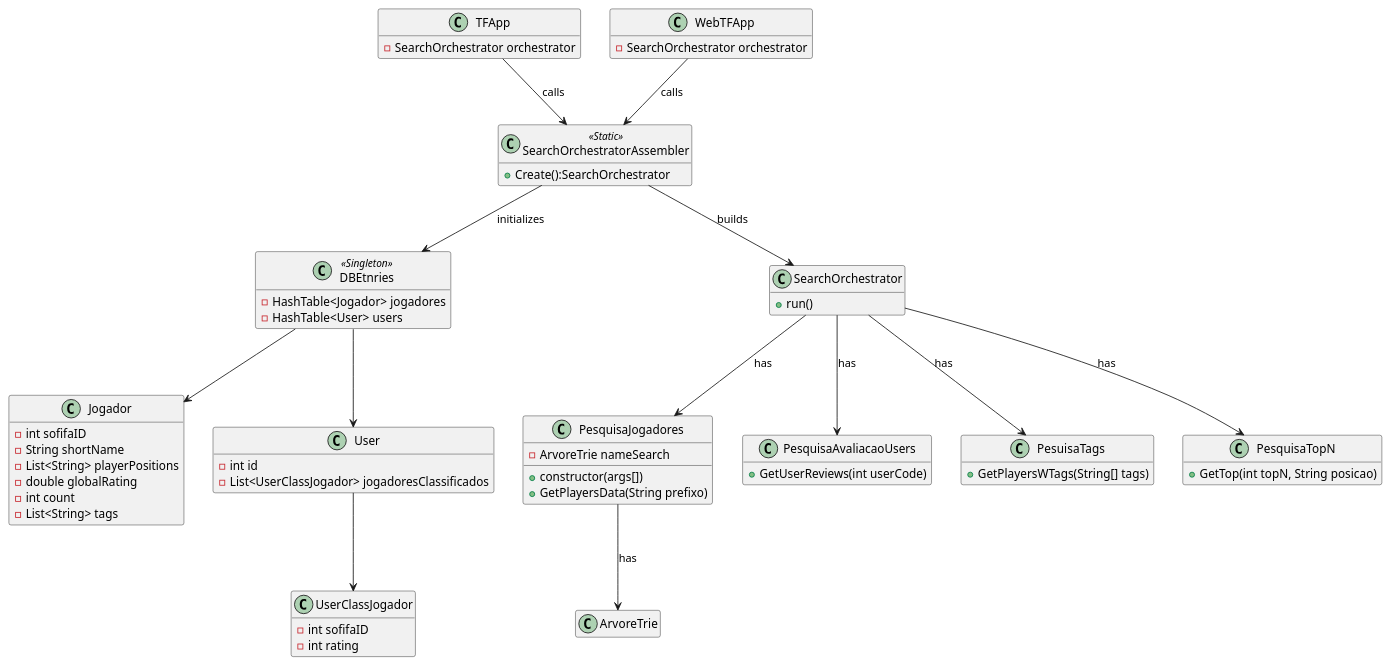
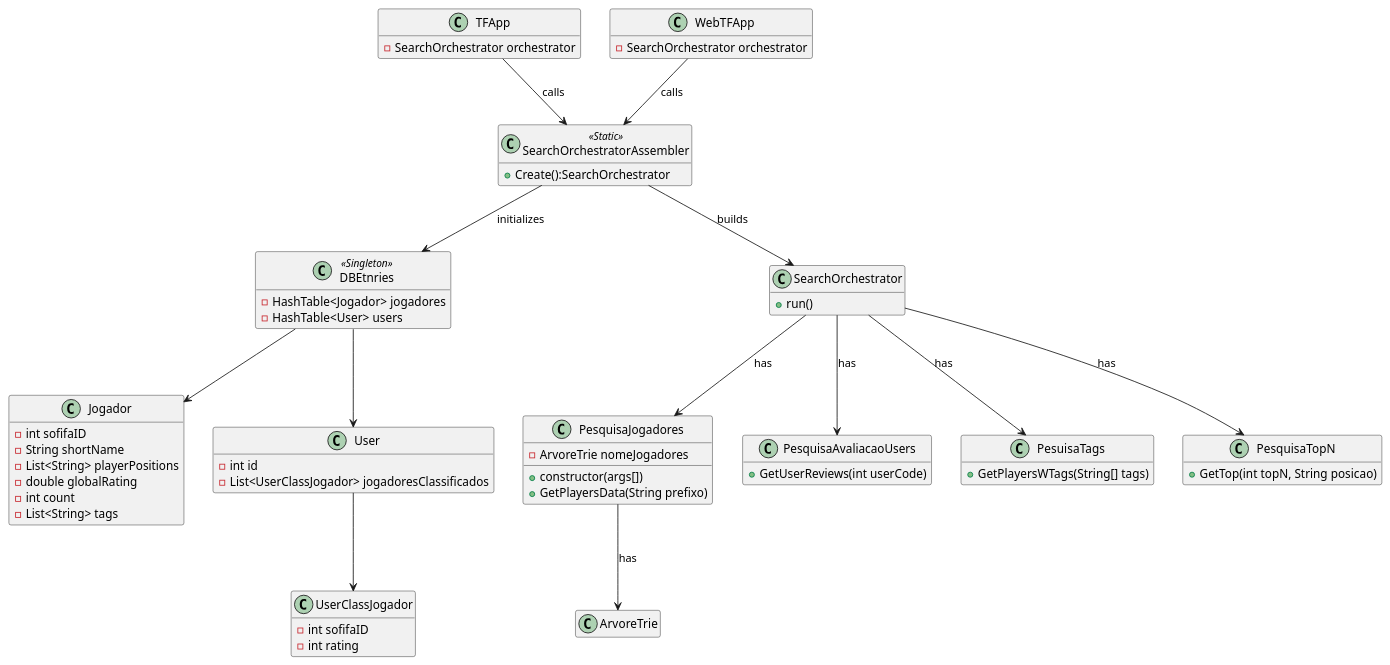
Before and after one commit to JoaoCosme/TrabFinalCPD: the diagram in out/production/TRABFINAL/classDiagram.wsd, drawn with PlantUML. The commit also changed 8 other files, not shown here.

```diff
--- a/out/production/TRABFINAL/classDiagram.wsd
+++ b/out/production/TRABFINAL/classDiagram.wsd
@@ -1,75 +1,75 @@
 @startuml classDiagram
     hide empty members
 
     class TFApp{
         -SearchOrchestrator orchestrator
     }
     class WebTFApp{
         -SearchOrchestrator orchestrator
     }
 
     class SearchOrchestratorAssembler<<Static>>{
         +Create():SearchOrchestrator
     }
     class DBEtnries<<Singleton>>{
         - HashTable<Jogador> jogadores
         - HashTable<User> users
     }
 
     class Jogador{
         - int sofifaID
         - String shortName
         - List<String> playerPositions
         - double globalRating
         - int count
         - List<String> tags
     }
 
     class UserClassJogador{
         - int sofifaID
         - int rating
     }
 
     class User{
         - int id
         - List<UserClassJogador> jogadoresClassificados
     }
 
     class SearchOrchestrator{
         +run()
     }
 
     class PesquisaJogadores{
-        - ArvoreTrie nameSearch
+        - ArvoreTrie nomeJogadores
         + constructor(args[])
         + GetPlayersData(String prefixo)
     }
 
     Class ArvoreTrie{
 
     }
 
     class PesquisaAvaliacaoUsers{
         + GetUserReviews(int userCode)
     }
     class PesuisaTags{
         + GetPlayersWTags(String[] tags)
     }
     class PesquisaTopN{
         + GetTop(int topN, String posicao)
     }
     
     SearchOrchestratorAssembler --> SearchOrchestrator:builds
     WebTFApp --> SearchOrchestratorAssembler:calls
     TFApp --> SearchOrchestratorAssembler:calls
     SearchOrchestratorAssembler --> DBEtnries: initializes
     SearchOrchestrator --> PesquisaJogadores:has
     SearchOrchestrator --> PesuisaTags:has
     SearchOrchestrator --> PesquisaTopN:has
     SearchOrchestrator --> PesquisaAvaliacaoUsers:has
     PesquisaJogadores --> ArvoreTrie: has
     DBEtnries --> Jogador
     DBEtnries --> User
     User --> UserClassJogador
     
 @enduml
```
